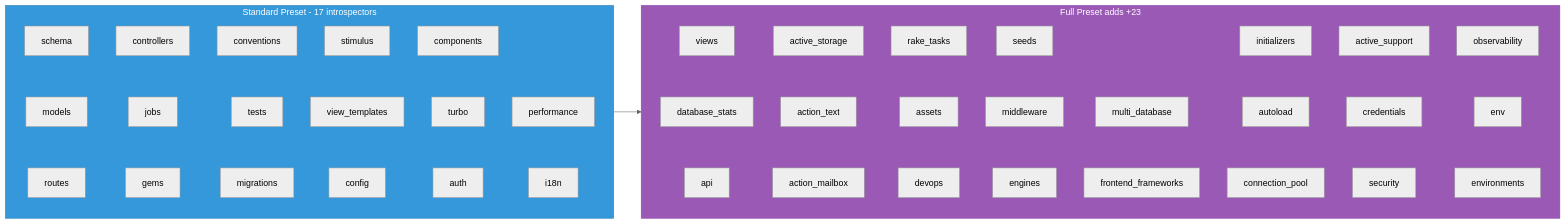
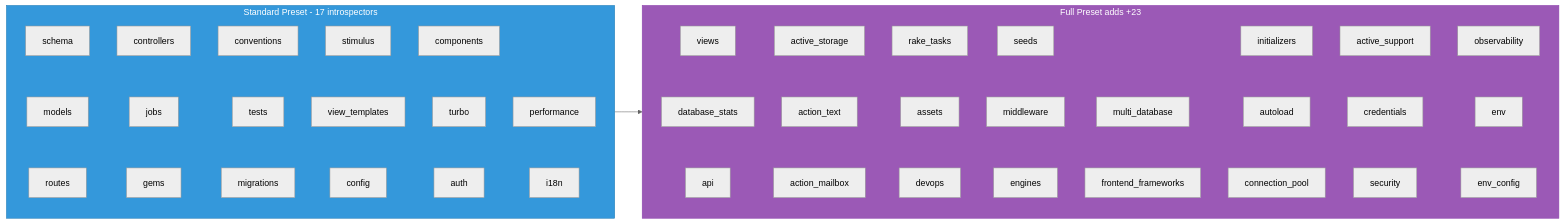
The diagram in docs/INTROSPECTORS.md (crisnahine/rails-ai-context), drawn with Mermaid (neutral theme) before and after one commit. The commit also changed other lines of this file and 19 other files, not shown here.

````diff
--- a/docs/INTROSPECTORS.md
+++ b/docs/INTROSPECTORS.md
@@ -40,29 +40,29 @@
 ```mermaid
 graph LR
     subgraph standard["Standard Preset - 17 introspectors"]
         direction TB
         S1["schema"] ~~~ S2["models"] ~~~ S3["routes"]
         S4["controllers"] ~~~ S5["jobs"] ~~~ S6["gems"]
         S7["conventions"] ~~~ S8["tests"] ~~~ S9["migrations"]
         S10["stimulus"] ~~~ S11["view_templates"] ~~~ S12["config"]
         S13["components"] ~~~ S14["turbo"] ~~~ S15["auth"]
         S16["performance"] ~~~ S17["i18n"]
     end
 
     subgraph full_only["Full Preset adds +23"]
         direction TB
         F1["views"] ~~~ F2["database_stats"] ~~~ F3["api"]
         F4["active_storage"] ~~~ F5["action_text"] ~~~ F6["action_mailbox"]
         F7["rake_tasks"] ~~~ F8["assets"] ~~~ F9["devops"]
         F10["seeds"] ~~~ F11["middleware"] ~~~ F12["engines"]
         F13["multi_database"] ~~~ F14["frontend_frameworks"]
         F15["initializers"] ~~~ F16["autoload"] ~~~ F17["connection_pool"]
         F18["active_support"] ~~~ F19["credentials"] ~~~ F20["security"]
-        F21["observability"] ~~~ F22["env"] ~~~ F23["environments"]
+        F21["observability"] ~~~ F22["env"] ~~~ F23["env_config"]
     end
 
     standard --> full_only
 
     style standard fill:#3498db,stroke:#2980b9,color:#fff
     style full_only fill:#9b59b6,stroke:#8e44ad,color:#fff
 ```
````
